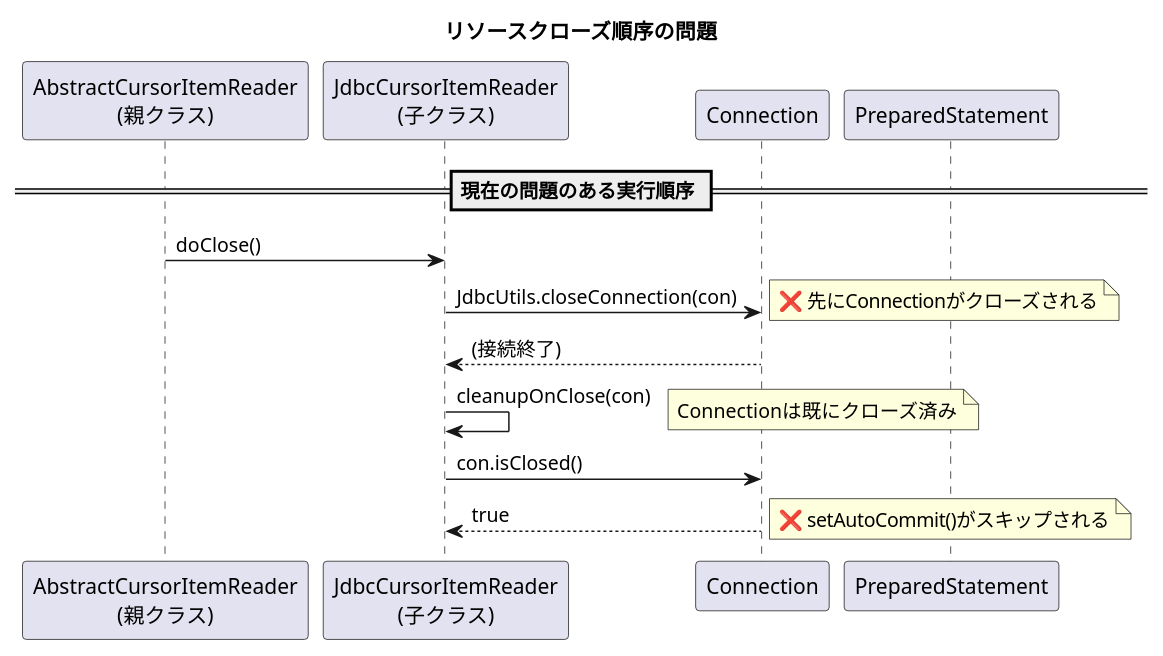
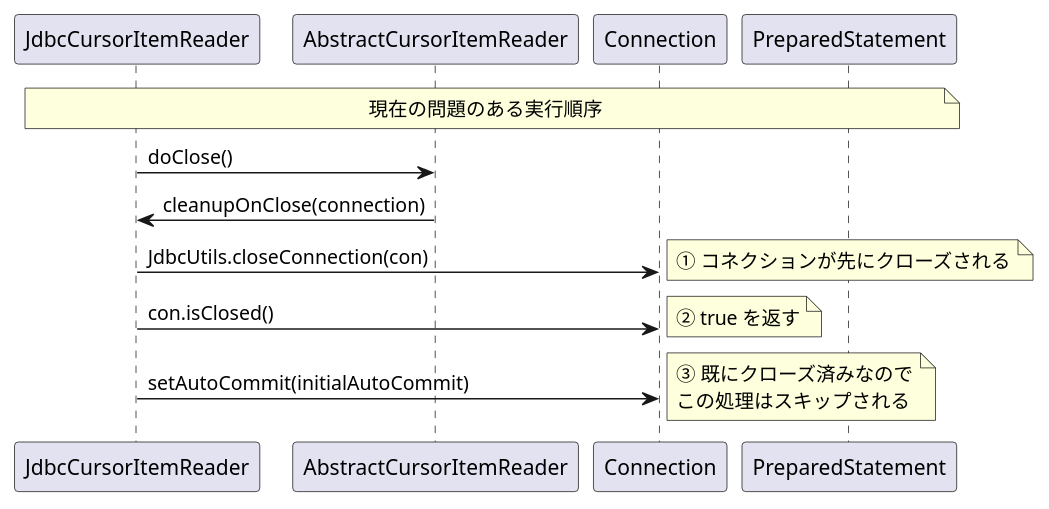
Before and after one commit to mochimoching/github_issue_translate: the first of 2 diagrams in output/spring-batch/6.0.2/all/current/markdown/issues_summary/issue_5109.md, drawn with PlantUML. The commit also changed other lines of this file and 63 other files, not shown here.

````diff
--- a/output/spring-batch/6.0.2/all/current/markdown/issues_summary/issue_5109.md
+++ b/output/spring-batch/6.0.2/all/current/markdown/issues_summary/issue_5109.md
@@ -11,25 +11,22 @@
 ```plantuml
 @startuml
-title リソースクローズ順序の問題
+participant "JdbcCursorItemReader" as Reader
+participant "AbstractCursorItemReader" as Abstract
+participant "Connection" as Conn
+participant "PreparedStatement" as Stmt
 
-participant "AbstractCursorItemReader\n(親クラス)" as Parent
-participant "JdbcCursorItemReader\n(子クラス)" as Child
-participant "Connection" as Con
-participant "PreparedStatement" as PS
+note over Reader, Stmt: 現在の問題のある実行順序
 
-== 現在の問題のある実行順序 ==
+Reader -> Abstract: doClose()
+Abstract -> Reader: cleanupOnClose(connection)
+Reader -> Conn: JdbcUtils.closeConnection(con)
+note right: ① コネクションが先にクローズされる
 
-Parent -> Child: doClose()
-Child -> Con: JdbcUtils.closeConnection(con)
-note right: ❌ 先にConnectionがクローズされる
-Con --> Child: (接続終了)
+Reader -> Conn: con.isClosed()
+note right: ② true を返す
 
-Child -> Child: cleanupOnClose(con)
-note right: Connectionは既にクローズ済み
-
-Child -> Con: con.isClosed()
-Con --> Child: true
-note right: ❌ setAutoCommit()がスキップされる
+Reader -> Conn: setAutoCommit(initialAutoCommit)
+note right: ③ 既にクローズ済みなので\nこの処理はスキップされる
 
 @enduml
 ```
````
